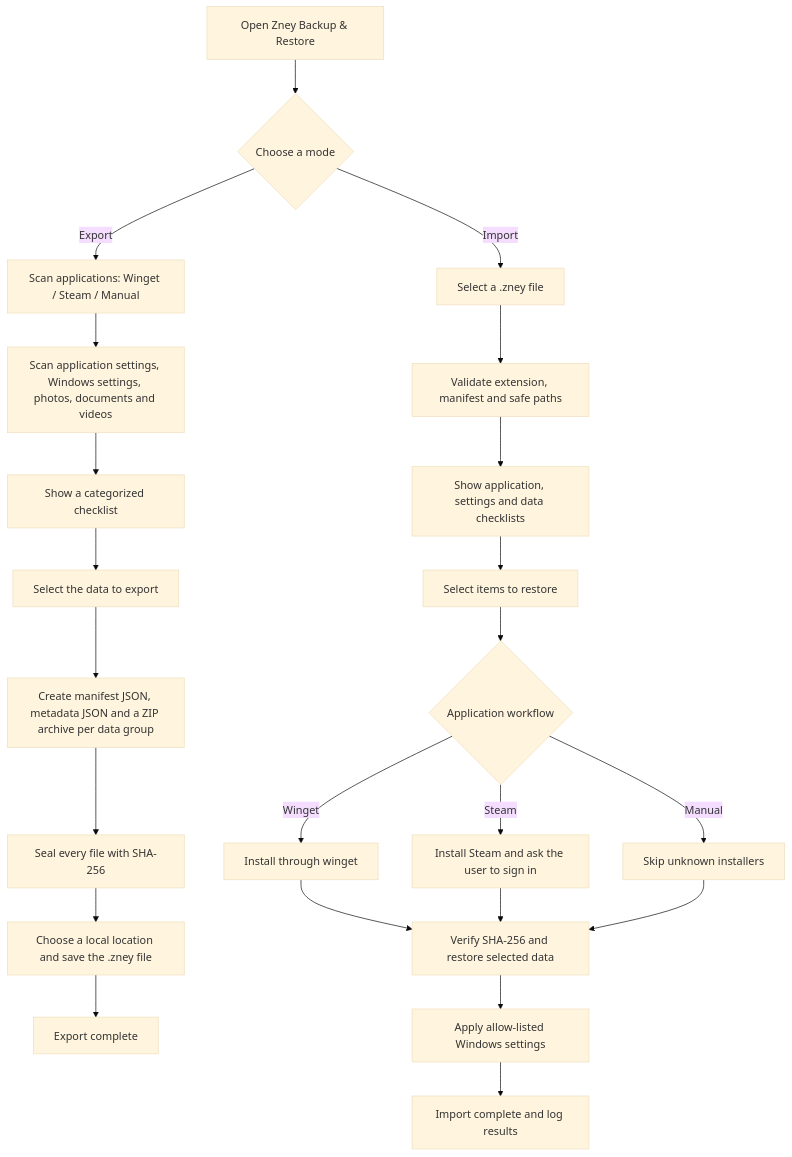
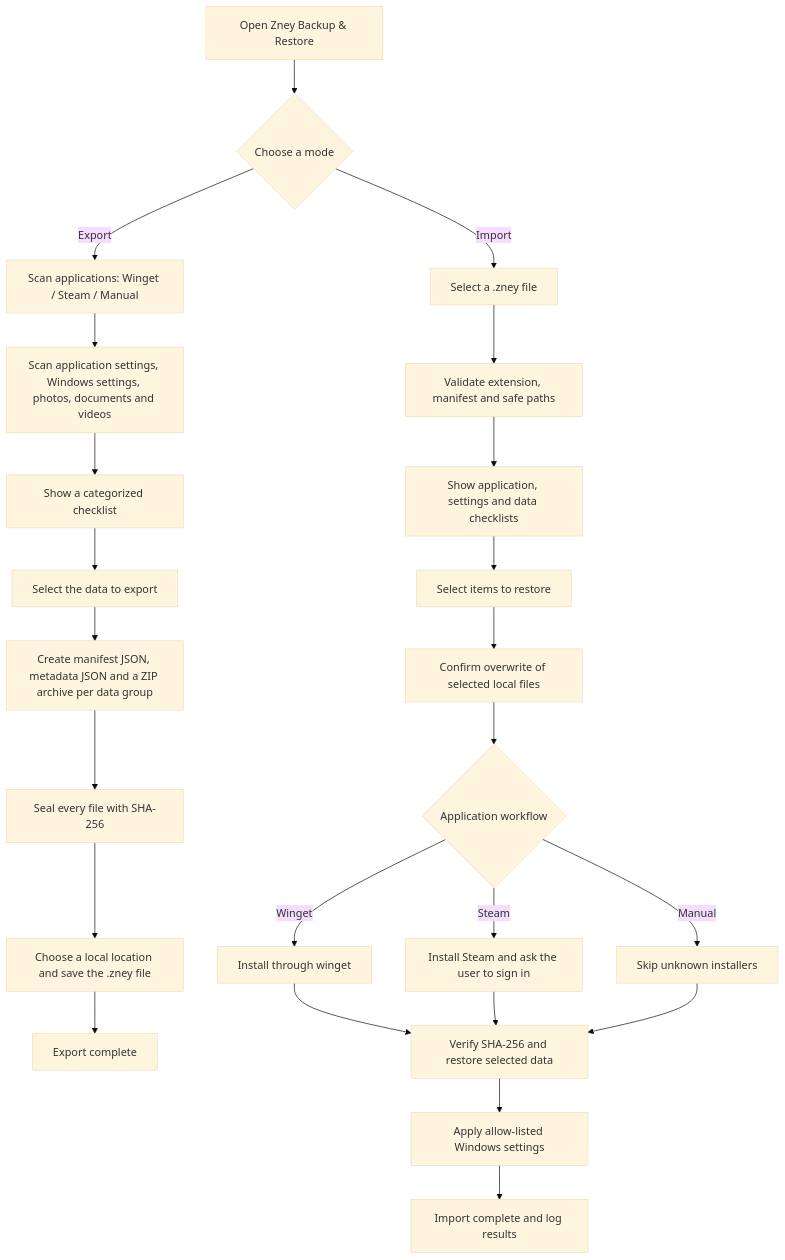
One commit to psy-zney/BackupData changed the diagram in README.md. Above: the diagram before and after it, drawn with Mermaid (base theme). The commit also changed other lines of this file and 1 other file, not shown here.

````diff
--- a/README.md
+++ b/README.md
@@ -35,27 +35,28 @@
 ```mermaid
 flowchart TD
     Start[Open Zney Backup & Restore] --> Mode{Choose a mode}
 
     Mode -->|Export| ScanApps[Scan applications: Winget / Steam / Manual]
     ScanApps --> ScanData[Scan application settings, Windows settings, photos, documents and videos]
     ScanData --> ExportList[Show a categorized checklist]
     ExportList --> ExportChoice[Select the data to export]
     ExportChoice --> CreatePackage[Create manifest JSON, metadata JSON and a ZIP archive per data group]
     CreatePackage --> Hash[Seal every file with SHA-256]
     Hash --> Save[Choose a local location and save the .zney file]
     Save --> ExportDone[Export complete]
 
     Mode -->|Import| PickFile[Select a .zney file]
     PickFile --> Validate[Validate extension, manifest and safe paths]
     Validate --> ImportList[Show application, settings and data checklists]
     ImportList --> ImportChoice[Select items to restore]
-    ImportChoice --> AppFlow{Application workflow}
+    ImportChoice --> Confirm[Confirm overwrite of selected local files]
+    Confirm --> AppFlow{Application workflow}
     AppFlow -->|Winget| Install[Install through winget]
     AppFlow -->|Steam| Steam[Install Steam and ask the user to sign in]
     AppFlow -->|Manual| Skip[Skip unknown installers]
     Install --> RestoreData[Verify SHA-256 and restore selected data]
     Steam --> RestoreData
     Skip --> RestoreData
     RestoreData --> ApplyWindows[Apply allow-listed Windows settings]
     ApplyWindows --> ImportDone[Import complete and log results]
 ```
````
